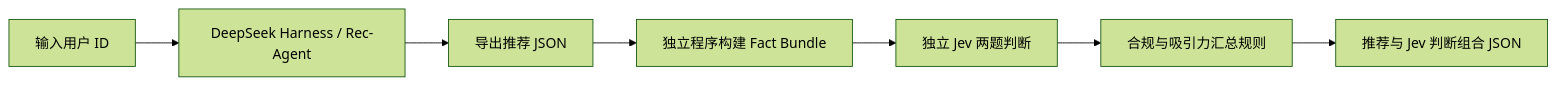
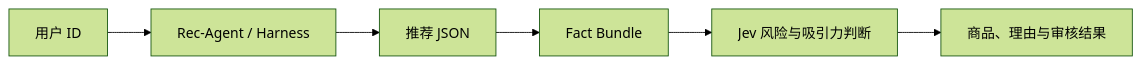
The diagram in docs/STANDALONE_WORKFLOW.md (Qhf7/Rec-Agent), drawn with Mermaid (forest theme) before and after one commit. The commit also changed other lines of this file and 42 other files, not shown here.

````diff
--- a/docs/STANDALONE_WORKFLOW.md
+++ b/docs/STANDALONE_WORKFLOW.md
@@ -5,9 +5,8 @@
 ```mermaid
 flowchart LR
-    A[输入用户 ID] --> B[DeepSeek Harness / Rec-Agent]
-    B --> C[导出推荐 JSON]
-    C --> D[独立程序构建 Fact Bundle]
-    D --> E[独立 Jev 两题判断]
-    E --> P[合规与吸引力汇总规则]
-    P --> F[推荐与 Jev 判断组合 JSON]
+    A[用户 ID] --> B[Rec-Agent / Harness]
+    B --> C[推荐 JSON]
+    C --> D[Fact Bundle]
+    D --> E[Jev 风险与吸引力判断]
+    E --> F[商品、理由与审核结果]
 ```
````
